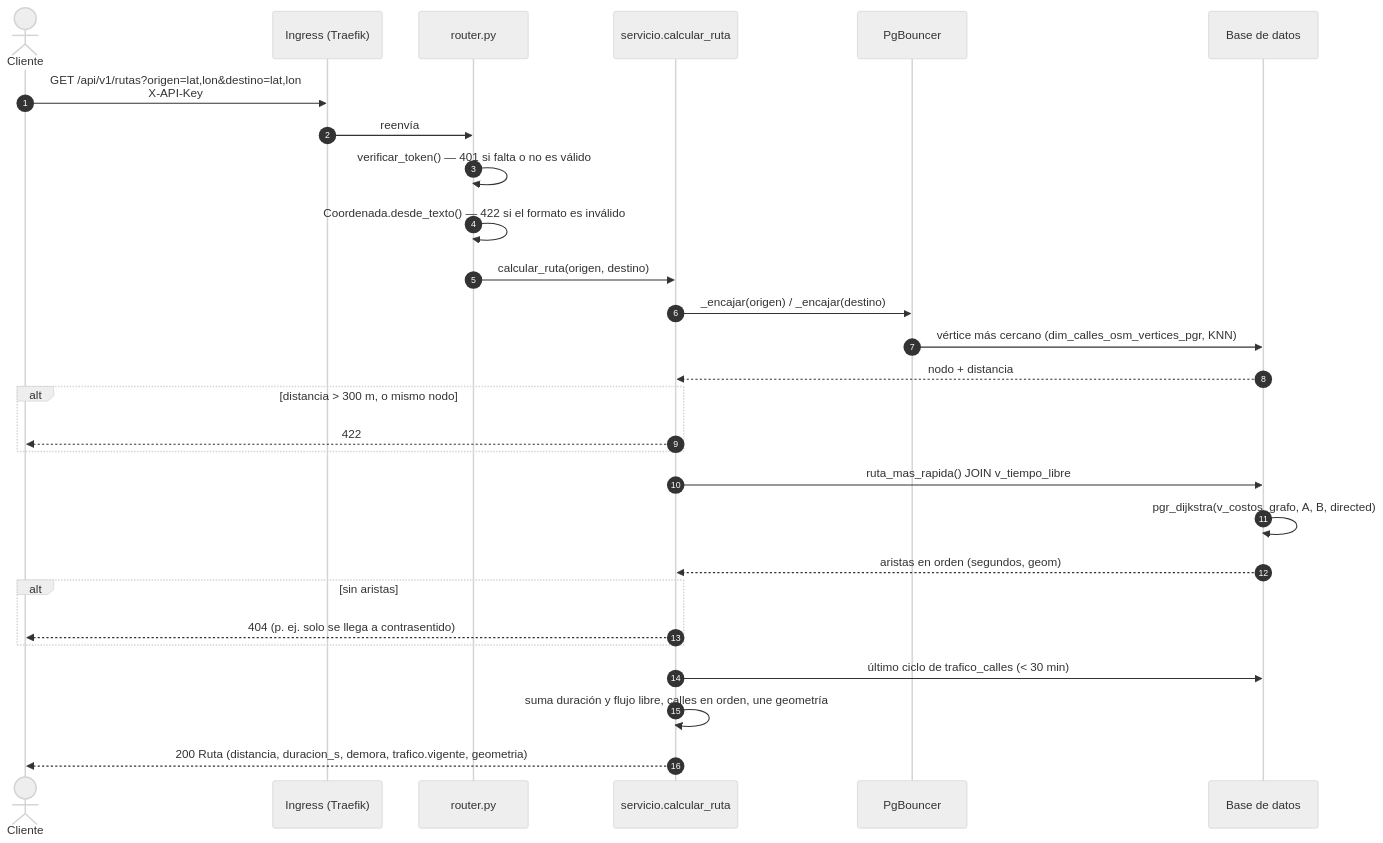
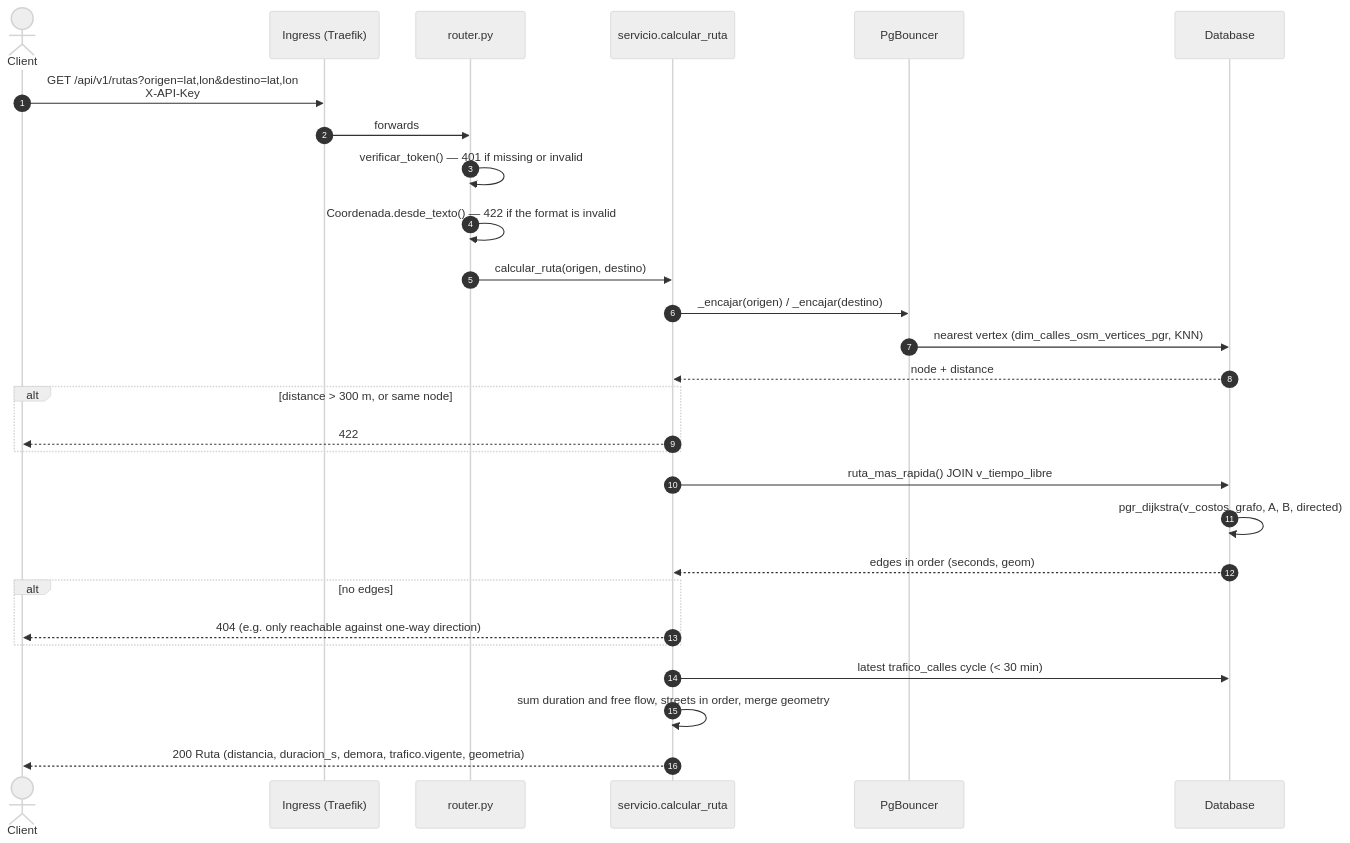
The first of 2 diagrams in docs/ROUTING.md (alejandro-araujo-orellana/geoTracker), drawn with Mermaid (neutral theme) before and after one commit. The commit also changed other lines of this file and 16 other files, not shown here.

````diff
--- a/docs/ROUTING.md
+++ b/docs/ROUTING.md
@@ -50,31 +50,31 @@
 ```mermaid
 sequenceDiagram
     autonumber
-    actor C as Cliente
+    actor C as Client
     participant I as Ingress (Traefik)
     participant R as router.py
     participant S as servicio.calcular_ruta
     participant PB as PgBouncer
-    participant BD as Base de datos
+    participant BD as Database
 
     C->>I: GET /api/v1/rutas?origen=lat,lon&destino=lat,lon<br/>X-API-Key
-    I->>R: reenvía
-    R->>R: verificar_token() — 401 si falta o no es válido
-    R->>R: Coordenada.desde_texto() — 422 si el formato es inválido
+    I->>R: forwards
+    R->>R: verificar_token() — 401 if missing or invalid
+    R->>R: Coordenada.desde_texto() — 422 if the format is invalid
     R->>S: calcular_ruta(origen, destino)
     S->>PB: _encajar(origen) / _encajar(destino)
-    PB->>BD: vértice más cercano (dim_calles_osm_vertices_pgr, KNN)
-    BD-->>S: nodo + distancia
-    alt distancia > 300 m, o mismo nodo
+    PB->>BD: nearest vertex (dim_calles_osm_vertices_pgr, KNN)
+    BD-->>S: node + distance
+    alt distance > 300 m, or same node
         S-->>C: 422
     end
     S->>BD: ruta_mas_rapida() JOIN v_tiempo_libre
     BD->>BD: pgr_dijkstra(v_costos_grafo, A, B, directed)
-    BD-->>S: aristas en orden (segundos, geom)
-    alt sin aristas
-        S-->>C: 404 (p. ej. solo se llega a contrasentido)
+    BD-->>S: edges in order (seconds, geom)
+    alt no edges
+        S-->>C: 404 (e.g. only reachable against one-way direction)
     end
-    S->>BD: último ciclo de trafico_calles (< 30 min)
-    S->>S: suma duración y flujo libre, calles en orden, une geometría
+    S->>BD: latest trafico_calles cycle (< 30 min)
+    S->>S: sum duration and free flow, streets in order, merge geometry
     S-->>C: 200 Ruta (distancia, duracion_s, demora, trafico.vigente, geometria)
 ```
````
